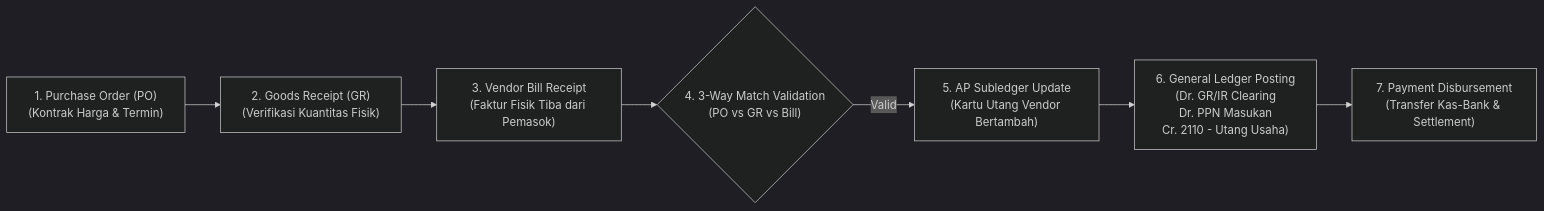
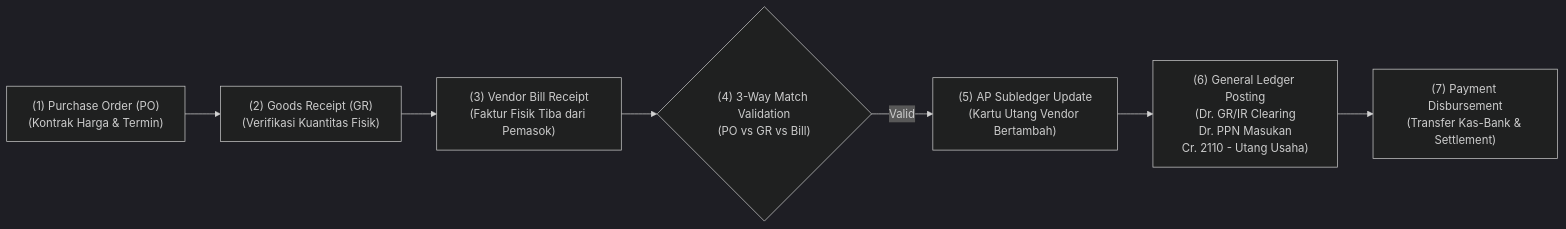
The first of 2 diagrams in content/04-purchasing/accounts-payable-integration.md (alimurrofid/erp-notes), drawn with Mermaid (dark theme) before and after one commit. The commit also changed 132 other files, not shown here.

````diff
--- a/content/04-purchasing/accounts-payable-integration.md
+++ b/content/04-purchasing/accounts-payable-integration.md
@@ -31,11 +31,11 @@
 ```mermaid
 flowchart LR
-    PO["1. Purchase Order (PO)<br/>(Kontrak Harga & Termin)"]
-    --> GR["2. Goods Receipt (GR)<br/>(Verifikasi Kuantitas Fisik)"]
-    --> VB["3. Vendor Bill Receipt<br/>(Faktur Fisik Tiba dari Pemasok)"]
-    --> Match{"4. 3-Way Match Validation<br/>(PO vs GR vs Bill)"}
+    PO["(1) Purchase Order (PO)<br/>(Kontrak Harga & Termin)"]
+    --> GR["(2) Goods Receipt (GR)<br/>(Verifikasi Kuantitas Fisik)"]
+    --> VB["(3) Vendor Bill Receipt<br/>(Faktur Fisik Tiba dari Pemasok)"]
+    --> Match{"(4) 3-Way Match Validation<br/>(PO vs GR vs Bill)"}
     
-    Match -->|Valid| AP_Sub["5. AP Subledger Update<br/>(Kartu Utang Vendor Bertambah)"]
-    AP_Sub --> GL["6. General Ledger Posting<br/>(Dr. GR/IR Clearing<br/>Dr. PPN Masukan<br/>Cr. 2110 - Utang Usaha)"]
-    GL --> Pay["7. Payment Disbursement<br/>(Transfer Kas-Bank & Settlement)"]
+    Match -->|Valid| AP_Sub["(5) AP Subledger Update<br/>(Kartu Utang Vendor Bertambah)"]
+    AP_Sub --> GL["(6) General Ledger Posting<br/>(Dr. GR/IR Clearing<br/>Dr. PPN Masukan<br/>Cr. 2110 - Utang Usaha)"]
+    GL --> Pay["(7) Payment Disbursement<br/>(Transfer Kas-Bank & Settlement)"]
 ```
````
